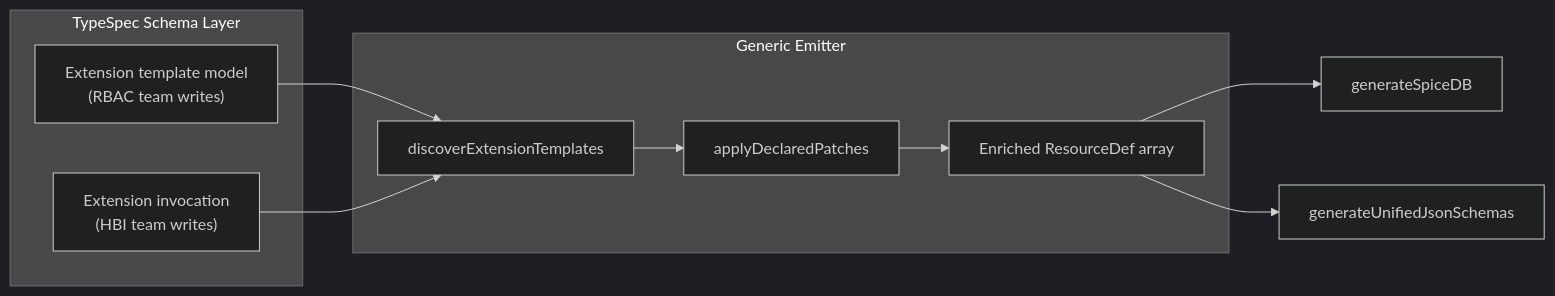
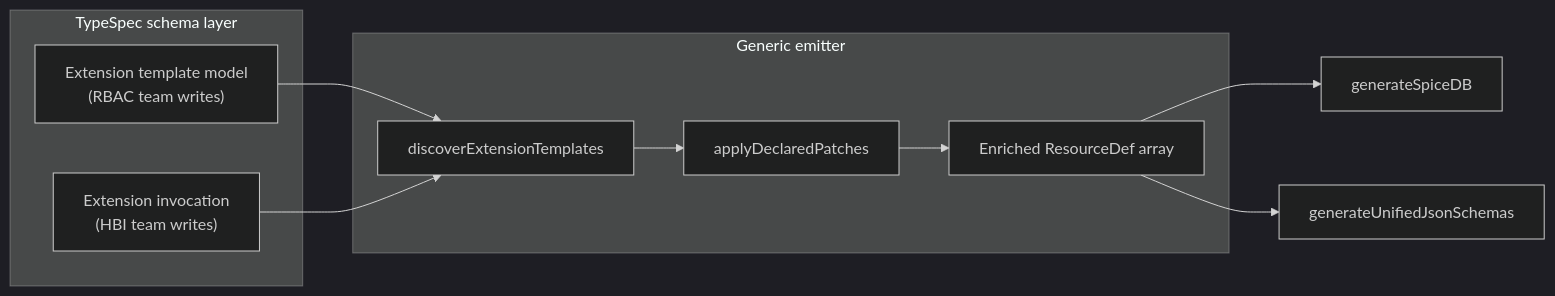
One commit to project-kessel/typespec-as-schema changed the diagram in docs/Extension-Decoupling-Design.md. Above: the diagram before and after it, drawn with Mermaid (dark theme). The commit also changed other lines of this file and 10 other files, not shown here.

````diff
--- a/docs/Extension-Decoupling-Design.md
+++ b/docs/Extension-Decoupling-Design.md
@@ -18,19 +20,19 @@
 ```mermaid
 flowchart LR
-    subgraph tspLayer [TypeSpec Schema Layer]
+    subgraph tspLayer [TypeSpec schema layer]
         ExtDef["Extension template model\n(RBAC team writes)"]
         ExtUse["Extension invocation\n(HBI team writes)"]
     end
 
-    subgraph emitterLayer [Generic Emitter]
+    subgraph emitterLayer [Generic emitter]
         Discover["discoverExtensionTemplates"]
         Apply["applyDeclaredPatches"]
         RD["Enriched ResourceDef array"]
     end
 
     ExtDef --> Discover
     ExtUse --> Discover
     Discover --> Apply --> RD
     RD --> SpiceDB["generateSpiceDB"]
     RD --> JSONSchema["generateUnifiedJsonSchemas"]
 ```
````
